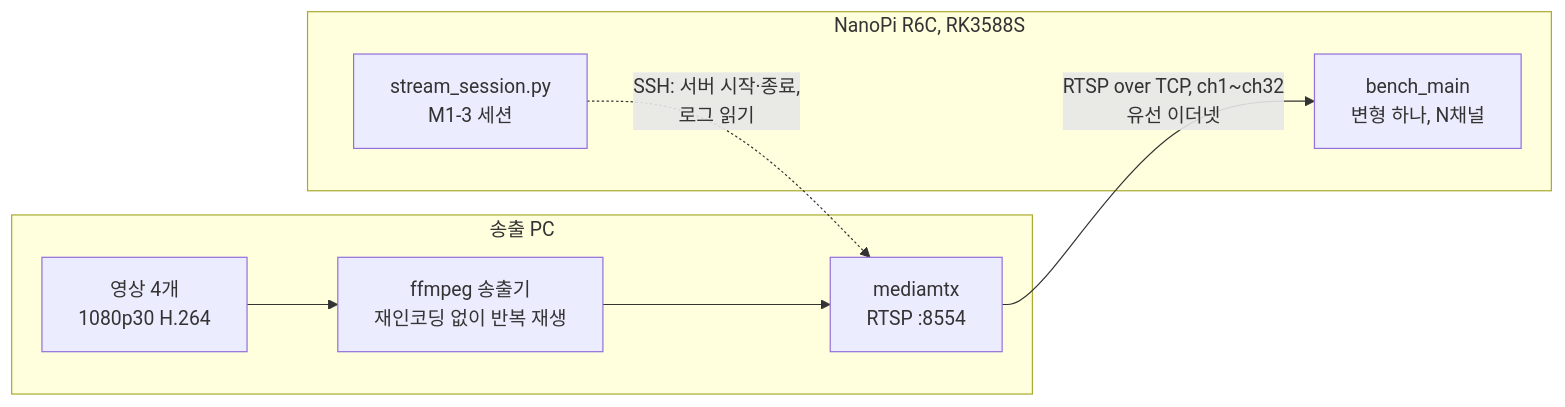
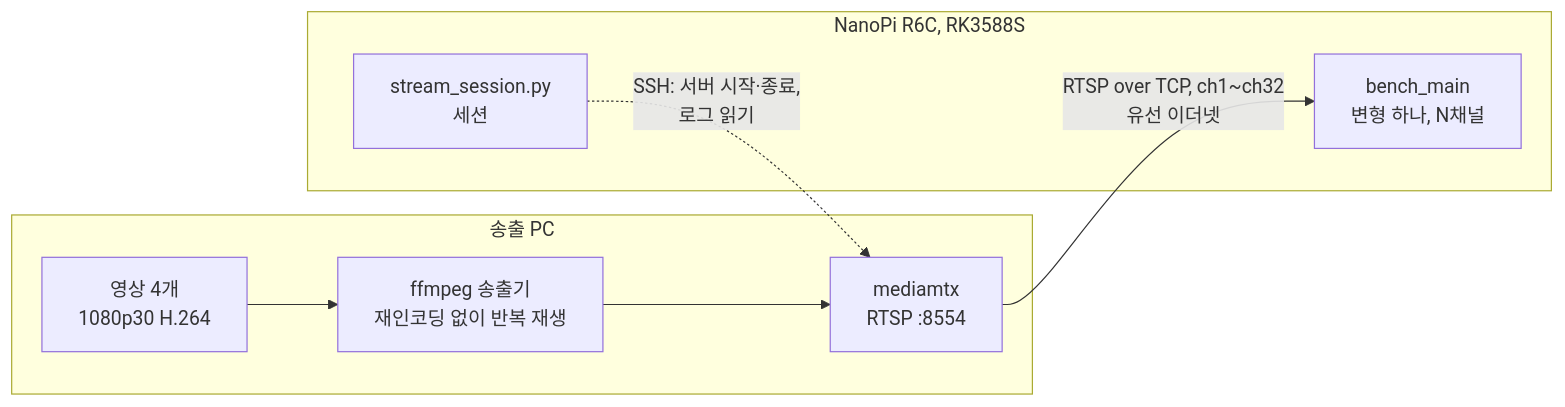
The first of 3 diagrams in README.ko.md (eunkyo3/rk3588s-zero-copy), drawn with Mermaid before and after one commit. The commit also changed other lines of this file and 1 other file, not shown here.

````diff
--- a/README.ko.md
+++ b/README.ko.md
@@ -40,13 +57,13 @@
 ```mermaid
 flowchart LR
     subgraph PC["송출 PC"]
         V["영상 4개<br>1080p30 H.264"] --> P["ffmpeg 송출기<br>재인코딩 없이 반복 재생"]
         P --> M["mediamtx<br>RTSP :8554"]
     end
     subgraph BOARD["NanoPi R6C, RK3588S"]
         BM["bench_main<br>변형 하나, N채널"]
-        SS["stream_session.py<br>M1-3 세션"]
+        SS["stream_session.py<br>세션"]
     end
     M -- "RTSP over TCP, ch1~ch32<br>유선 이더넷" --> BM
     SS -. "SSH: 서버 시작·종료,<br>로그 읽기" .-> M
 ```
````
